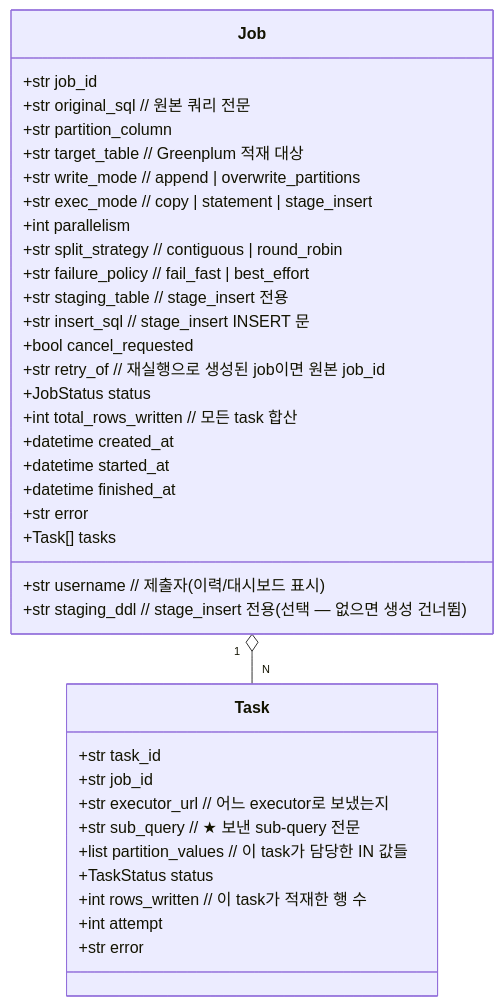
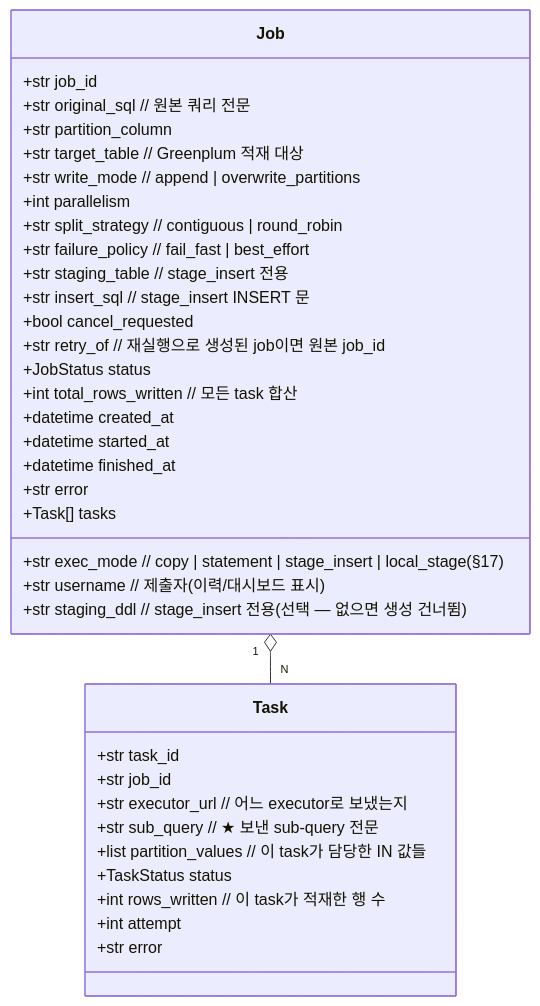
One commit to DataDynamics/distributed-query-executor changed the third of 10 diagrams in DESIGN.md. Above: the diagram before and after it, drawn with Mermaid. The commit also changed other lines of this file and 12 other files, not shown here.

First line of the commit message:
local_stage(file:// 세그먼트 로컬 스테이징) 파이프라인 골격 추가

````diff
--- a/DESIGN.md
+++ b/DESIGN.md
@@ -185,41 +185,41 @@
 ```mermaid
 classDiagram
     class Job {
         +str job_id
         +str original_sql        // 원본 쿼리 전문
         +str partition_column
         +str target_table        // Greenplum 적재 대상
         +str write_mode          // append | overwrite_partitions
-        +str exec_mode           // copy | statement | stage_insert
+        +str exec_mode           // copy | statement | stage_insert | local_stage(§17)
         +int parallelism
         +str split_strategy      // contiguous | round_robin
         +str failure_policy      // fail_fast | best_effort
         +str username            // 제출자(이력/대시보드 표시)
         +str staging_table       // stage_insert 전용
         +str staging_ddl         // stage_insert 전용(선택 — 없으면 생성 건너뜀)
         +str insert_sql          // stage_insert INSERT 문
         +bool cancel_requested
         +str retry_of            // 재실행으로 생성된 job이면 원본 job_id
         +JobStatus status
         +int total_rows_written  // 모든 task 합산
         +datetime created_at
         +datetime started_at
         +datetime finished_at
         +str error
         +Task[] tasks
     }
 
     class Task {
         +str task_id
         +str job_id
         +str executor_url        // 어느 executor로 보냈는지
         +str sub_query           // ★ 보낸 sub-query 전문
         +list partition_values   // 이 task가 담당한 IN 값들
         +TaskStatus status
         +int rows_written        // 이 task가 적재한 행 수
         +int attempt
         +str error
     }
 
     Job "1" o-- "N" Task
 ```
````
